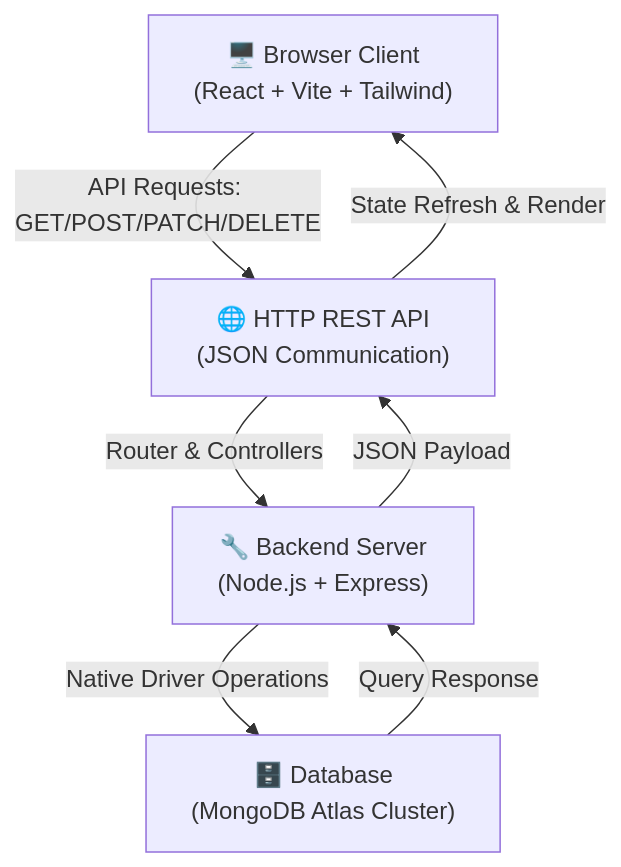
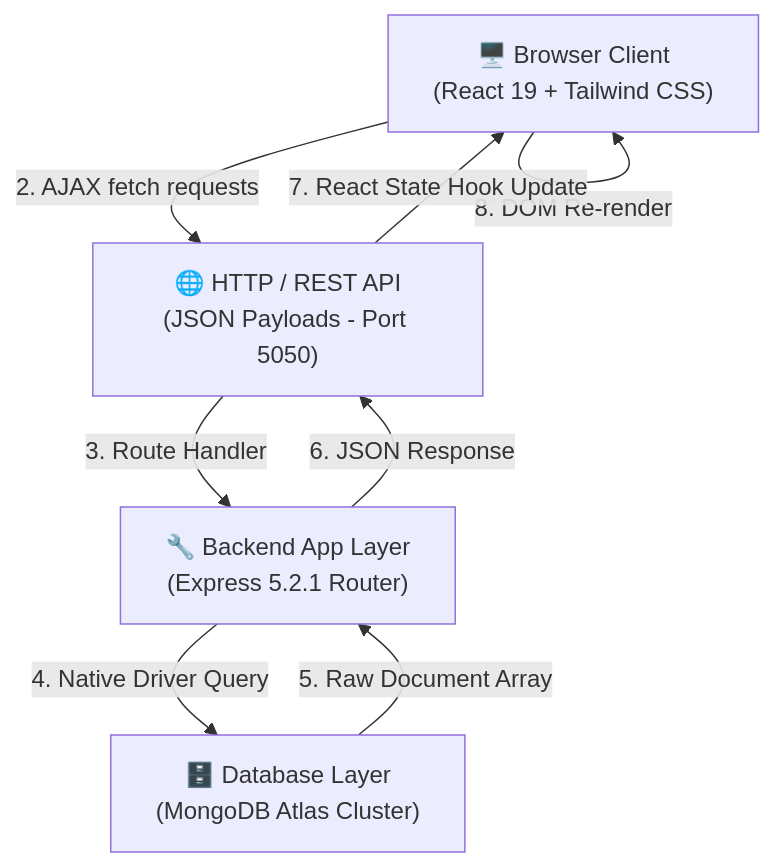
One commit to prawinkumar2k/day-2-mern-stack-class-employee-management-system changed the first of 5 diagrams in README.md. Above: the diagram before and after it, drawn with Mermaid. The commit also changed other lines of this file, not shown here.

````diff
--- a/README.md
+++ b/README.md
@@ -21,14 +44,16 @@
 ```mermaid
-graph TD
-    Client["🖥️ Browser Client<br/>(React + Vite + Tailwind)"]
-    Network["🌐 HTTP REST API<br/>(JSON Communication)"]
-    Backend["🔧 Backend Server<br/>(Node.js + Express)"]
-    Database["🗄️ Database<br/>(MongoDB Atlas Cluster)"]
+graph TB
+    Client["🖥️ Browser Client<br/>(React 19 + Tailwind CSS)"]
+    Network["🌐 HTTP / REST API<br/>(JSON Payloads - Port 5050)"]
+    Backend["🔧 Backend App Layer<br/>(Express 5.2.1 Router)"]
+    Database["🗄️ Database Layer<br/>(MongoDB Atlas Cluster)"]
     
-    Client -->|API Requests: GET/POST/PATCH/DELETE| Network
-    Network -->|Router & Controllers| Backend
-    Backend -->|Native Driver Operations| Database
-    Database -->|Query Response| Backend
-    Backend -->|JSON Payload| Network
-    Network -->|State Refresh & Render| Client
+    Client -->|1. User Interaction| Client
+    Client -->|2. AJAX fetch requests| Network
+    Network -->|3. Route Handler| Backend
+    Backend -->|4. Native Driver Query| Database
+    Database -->|5. Raw Document Array| Backend
+    Backend -->|6. JSON Response| Network
+    Network -->|7. React State Hook Update| Client
+    Client -->|8. DOM Re-render| Client
 ```
````
